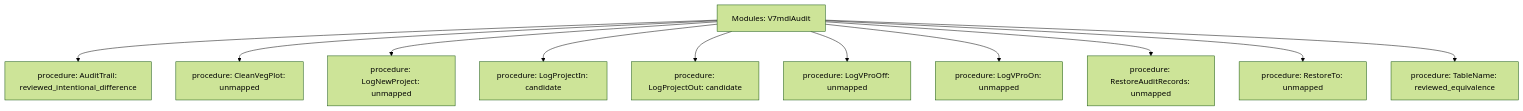
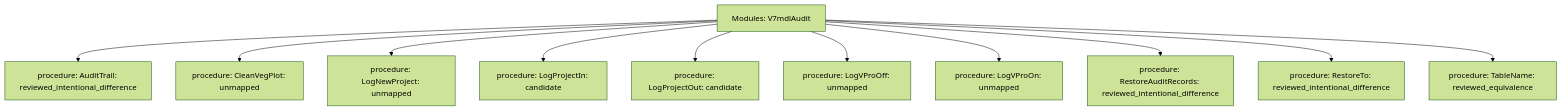
Before and after one commit to Boostao/vpro: the diagram in data-raw/parity/generated/trees/modules-v7mdlaudit.mmd, drawn with Mermaid (forest theme). The commit also changed 33 other files, not shown here.

```diff
--- a/data-raw/parity/generated/trees/modules-v7mdlaudit.mmd
+++ b/data-raw/parity/generated/trees/modules-v7mdlaudit.mmd
@@ -1,12 +1,12 @@
 flowchart TD
   root[Modules: V7mdlAudit]
   root --> n1[procedure: AuditTrail: reviewed_intentional_difference]
   root --> n2[procedure: CleanVegPlot: unmapped]
   root --> n3[procedure: LogNewProject: unmapped]
   root --> n4[procedure: LogProjectIn: candidate]
   root --> n5[procedure: LogProjectOut: candidate]
   root --> n6[procedure: LogVProOff: unmapped]
   root --> n7[procedure: LogVProOn: unmapped]
-  root --> n8[procedure: RestoreAuditRecords: unmapped]
-  root --> n9[procedure: RestoreTo: unmapped]
+  root --> n8[procedure: RestoreAuditRecords: reviewed_intentional_difference]
+  root --> n9[procedure: RestoreTo: reviewed_intentional_difference]
   root --> n10[procedure: TableName: reviewed_equivalence]
```
